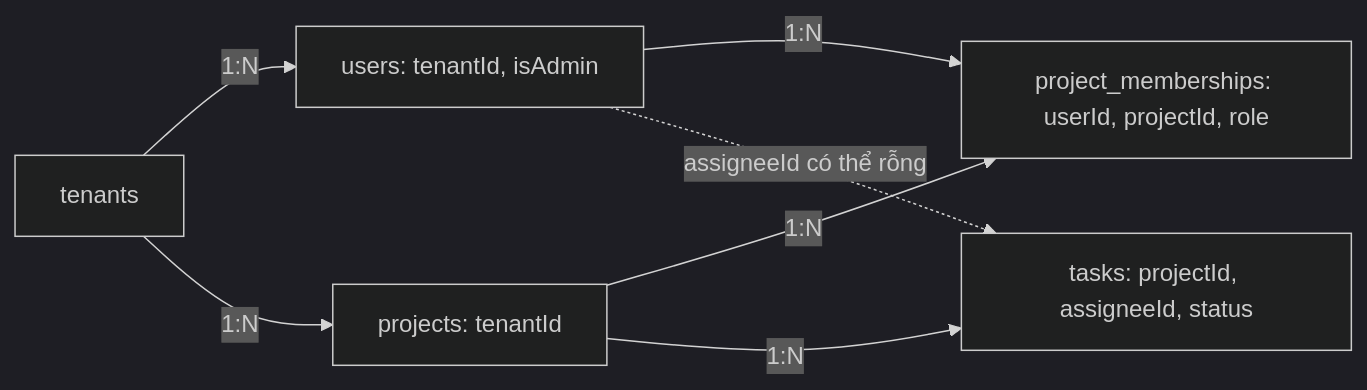
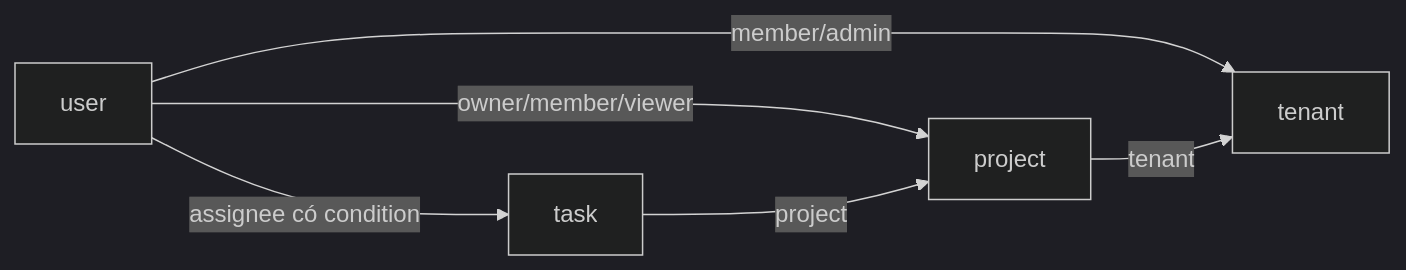
The second of 4 diagrams in report.md (giabao1509/AdvanceWeb_Assigment), drawn with Mermaid (dark theme) before and after one commit. The commit also changed other lines of this file and 68 other files, not shown here.

````diff
--- a/report.md
+++ b/report.md
@@ -34,9 +33,8 @@
 ```mermaid
 flowchart LR
-  T[tenants] -->|1:N| U[users: tenantId, isAdmin]
-  T -->|1:N| P[projects: tenantId]
-  U -->|1:N| M[project_memberships: userId, projectId, role]
-  P -->|1:N| M
-  P -->|1:N| K[tasks: projectId, assigneeId, status]
-  U -.->|assigneeId có thể rỗng| K
+  U[user] -->|member/admin| T[tenant]
+  U -->|owner/member/viewer| P[project]
+  P -->|tenant| T
+  K[task] -->|project| P
+  U -->|assignee có condition| K
 ```
````
